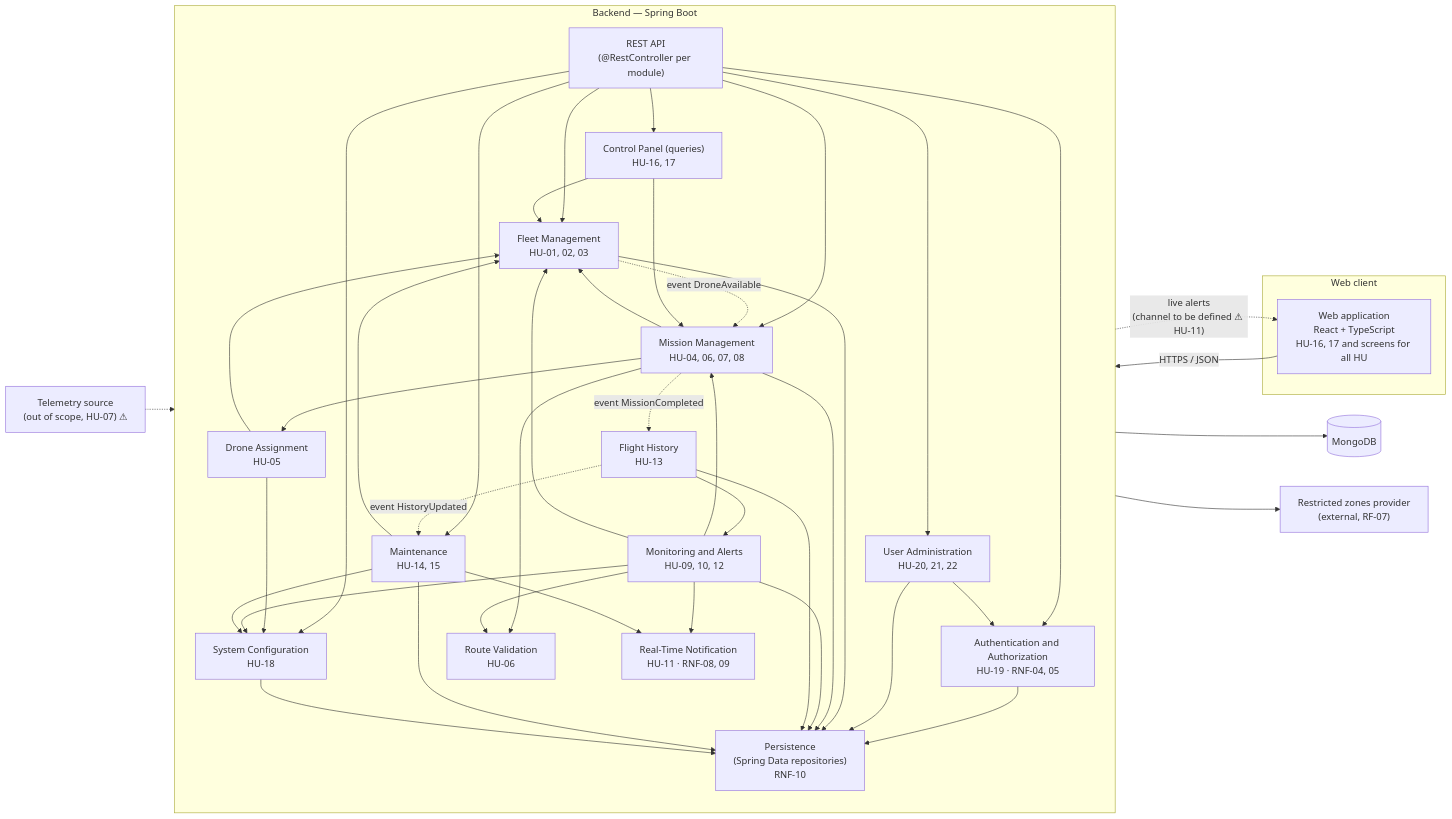
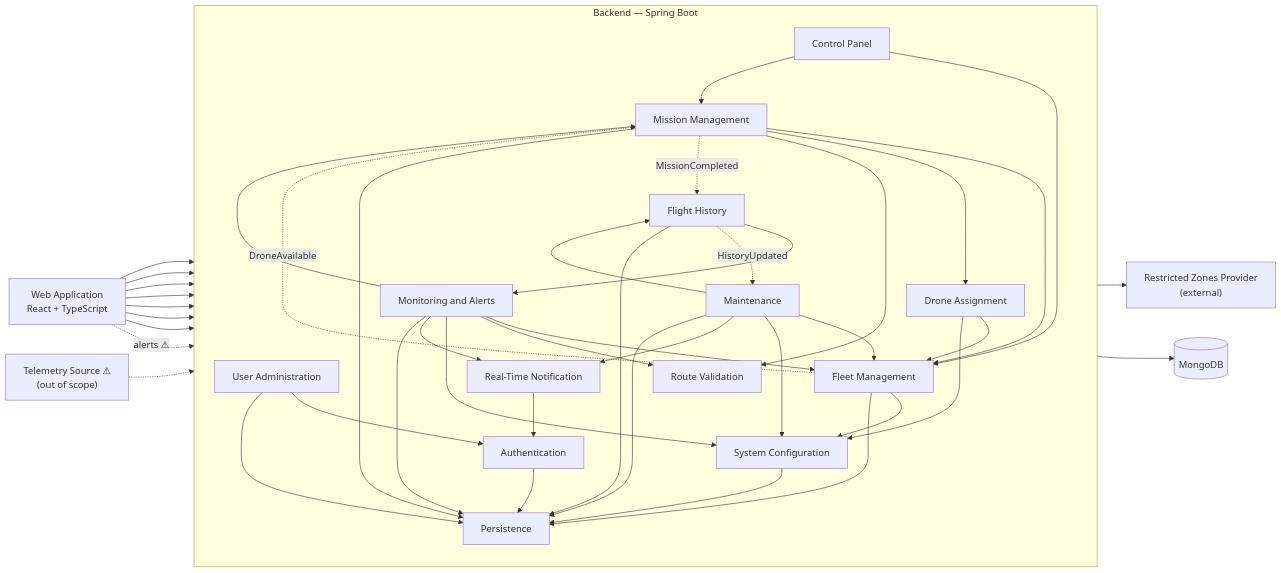
One commit to Juanescuaran2041/dronflow changed the diagram in docs/diagrama-componentes.md. Above: the diagram before and after it, drawn with Mermaid. The commit also changed other lines of this file and 3 other files, not shown here.

Commit message:
docs: diagrama de clases en el README y guia del diagrama de componentes con puertos e interfaces

````diff
--- a/docs/diagrama-componentes.md
+++ b/docs/diagrama-componentes.md
@@ -8,77 +17,46 @@
 ```mermaid
 flowchart LR
-    subgraph CLI["Web client"]
-        SPA["Web application<br/>React + TypeScript<br/>HU-16, 17 and screens for all HU"]
-    end
+    WEB["Web Application<br/>React + TypeScript"]
 
     subgraph BE["Backend — Spring Boot"]
         direction TB
-        API["REST API<br/>(@RestController per module)"]
-
-        SEC["Authentication and Authorization<br/>HU-19 · RNF-04, 05"]
-        USR["User Administration<br/>HU-20, 21, 22"]
-        FLT["Fleet Management<br/>HU-01, 02, 03"]
-        MIS["Mission Management<br/>HU-04, 06, 07, 08"]
-        ASG["Drone Assignment<br/>HU-05"]
-        RTE["Route Validation<br/>HU-06"]
-        MON["Monitoring and Alerts<br/>HU-09, 10, 12"]
-        NOT["Real-Time Notification<br/>HU-11 · RNF-08, 09"]
-        HIS["Flight History<br/>HU-13"]
-        MNT["Maintenance<br/>HU-14, 15"]
-        DSH["Control Panel (queries)<br/>HU-16, 17"]
-        CFG["System Configuration<br/>HU-18"]
-        PER["Persistence<br/>(Spring Data repositories)<br/>RNF-10"]
+        AUT["Authentication"]
+        USR["User Administration"]
+        FLT["Fleet Management"]
+        MIS["Mission Management"]
+        ASG["Drone Assignment"]
+        RTE["Route Validation"]
+        MON["Monitoring and Alerts"]
+        NOT["Real-Time Notification"]
+        HIS["Flight History"]
+        MNT["Maintenance"]
+        DSH["Control Panel"]
+        CFG["System Configuration"]
+        PER["Persistence"]
     end
 
     DB[("MongoDB")]
-    ZON["Restricted zones provider<br/>(external, RF-07)"]
-    TEL["Telemetry source<br/>(out of scope, HU-07) ⚠"]
+    ZON["Restricted Zones Provider<br/>(external)"]
+    TEL["Telemetry Source ⚠<br/>(out of scope)"]
 
-    SPA -- "HTTPS / JSON" --> API
-    NOT -. "live alerts<br/>(channel to be defined ⚠ HU-11)" .-> SPA
+    WEB --> AUT & USR & FLT & MIS & MNT & DSH & CFG
+    WEB -. "alerts ⚠" .-> NOT
 
-    API --> SEC
-    API --> USR
-    API --> FLT
-    API --> MIS
-    API --> DSH
-    API --> CFG
-    API --> MNT
+    USR --> AUT
+    MIS --> FLT & ASG & RTE
+    ASG --> FLT & CFG
+    RTE --> ZON
+    FLT --> CFG
+    TEL -.-> MON
+    MON --> MIS & FLT & RTE & CFG & NOT
+    MIS -. "MissionCompleted" .-> HIS
+    HIS --> MON
+    HIS -. "HistoryUpdated" .-> MNT
+    MNT --> FLT & HIS & CFG & NOT
+    FLT -. "DroneAvailable" .-> MIS
+    DSH --> FLT & MIS
+    NOT --> AUT
 
-    USR --> SEC
-    SEC --> PER
-    USR --> PER
-
-    MIS --> FLT
-    MIS --> ASG
-    MIS --> RTE
-    ASG --> FLT
-    ASG --> CFG
-    RTE --> ZON
-
-    TEL -.-> MON
-    MON --> MIS
-    MON --> FLT
-    MON --> RTE
-    MON --> CFG
-    MON --> NOT
-
-    MIS -. "event MissionCompleted" .-> HIS
-    HIS -. "event HistoryUpdated" .-> MNT
-    HIS --> MON
-    MNT --> FLT
-    MNT --> NOT
-    MNT --> CFG
-    FLT -. "event DroneAvailable" .-> MIS
-
-    DSH --> FLT
-    DSH --> MIS
-
-    FLT --> PER
-    MIS --> PER
-    MON --> PER
-    HIS --> PER
-    MNT --> PER
-    CFG --> PER
+    AUT & USR & FLT & MIS & MON & HIS & MNT & CFG --> PER
     PER --> DB
 ```
````
